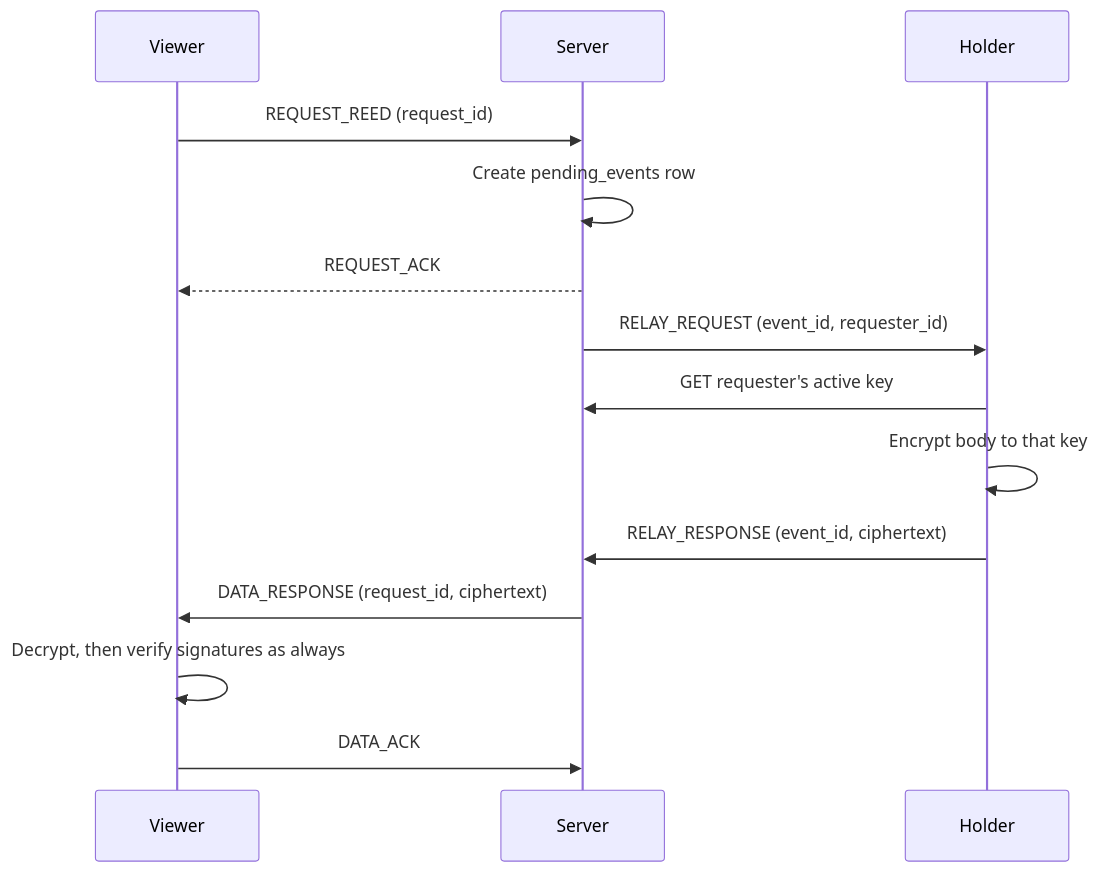
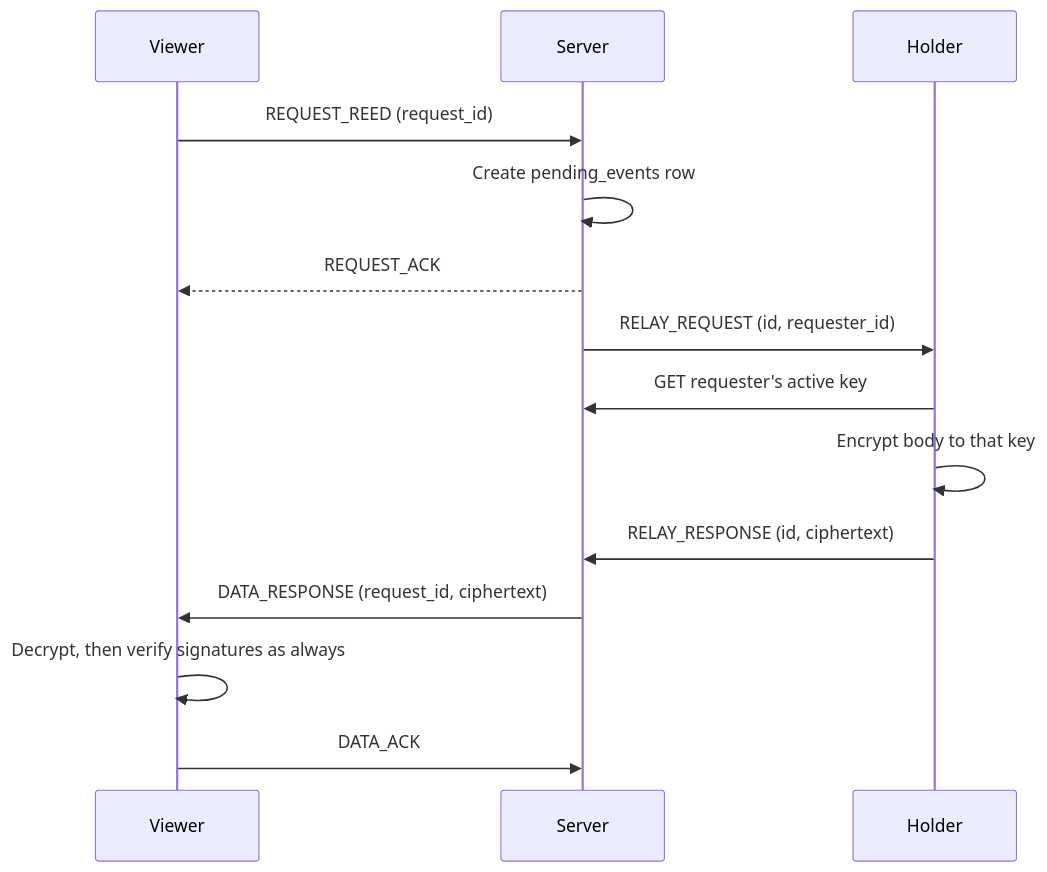
One commit to var0xyz/syrinx changed the diagram in docs/content_privacy.md. Above: the diagram before and after it, drawn with Mermaid. The commit also changed other lines of this file and 12 other files, not shown here.

````diff
--- a/docs/content_privacy.md
+++ b/docs/content_privacy.md
@@ -39,16 +39,16 @@
 ```mermaid
 sequenceDiagram
   participant Viewer
   participant Server
   participant Holder
   Viewer->>Server: REQUEST_REED (request_id)
   Server->>Server: Create pending_events row
   Server-->>Viewer: REQUEST_ACK
-  Server->>Holder: RELAY_REQUEST (event_id, requester_id)
+  Server->>Holder: RELAY_REQUEST (id, requester_id)
   Holder->>Server: GET requester's active key
   Holder->>Holder: Encrypt body to that key
-  Holder->>Server: RELAY_RESPONSE (event_id, ciphertext)
+  Holder->>Server: RELAY_RESPONSE (id, ciphertext)
   Server->>Viewer: DATA_RESPONSE (request_id, ciphertext)
   Viewer->>Viewer: Decrypt, then verify signatures as always
   Viewer->>Server: DATA_ACK
 ```
````
